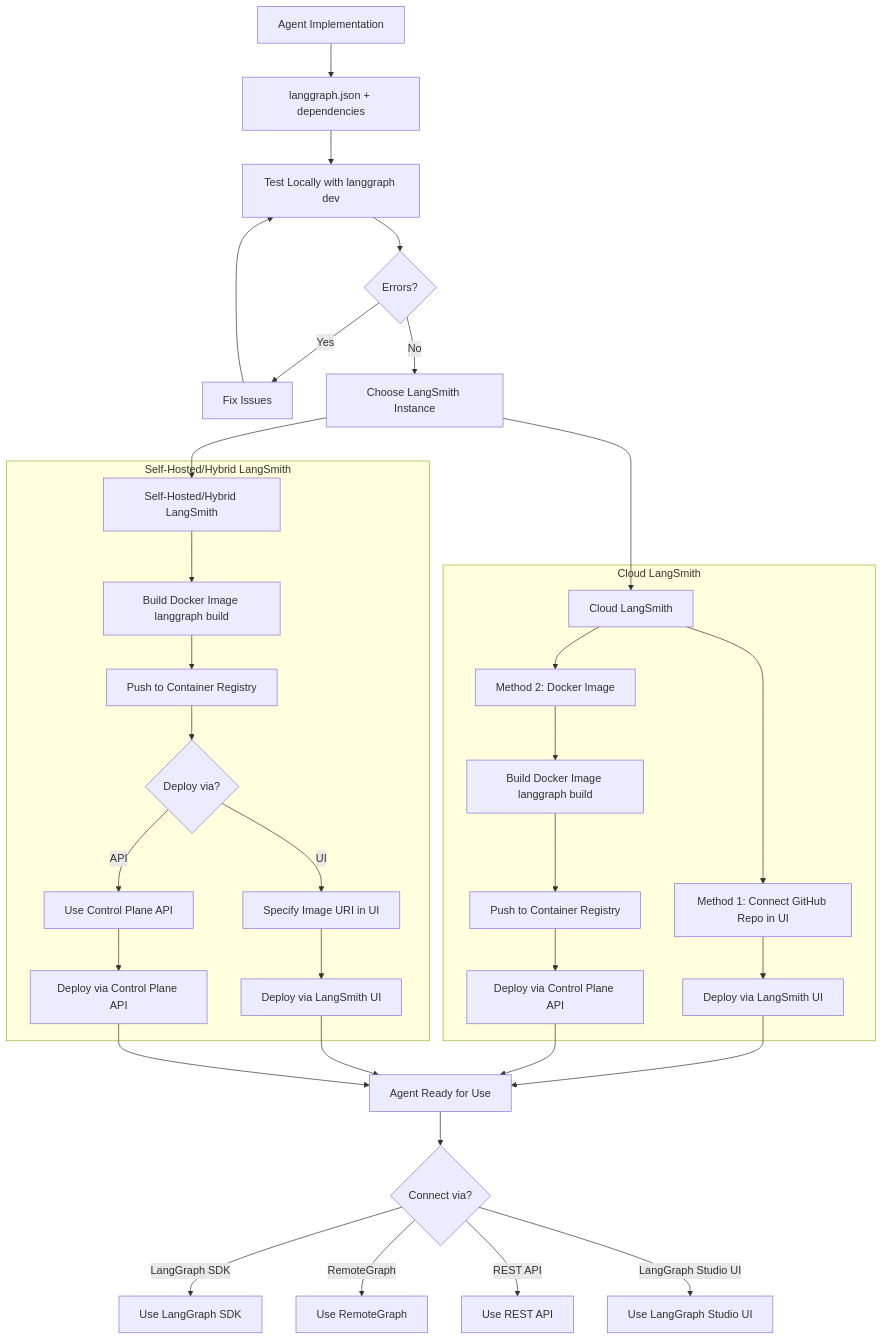
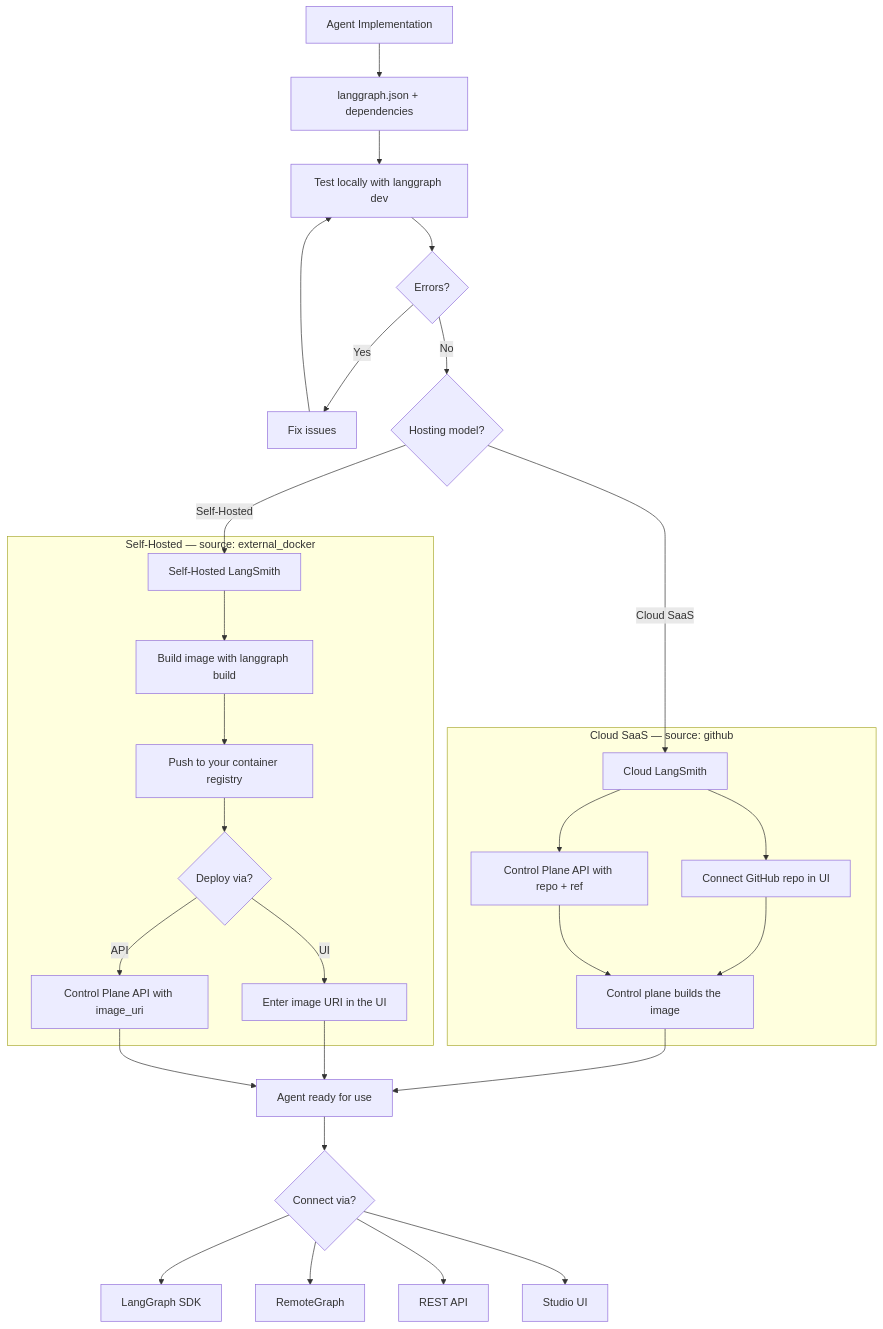
Before and after one commit to avirath-kumar/cicd-pipeline-example: the first of 2 diagrams in README.md, drawn with Mermaid. The commit also changed other lines of this file and 23 other files, not shown here.

First line of the commit message:
chore: modernize for LangSmith Deployment SaaS and self-hosted

````diff
--- a/README.md
+++ b/README.md
@@ -236,42 +272,37 @@
 ```mermaid
 graph TD
     A[Agent Implementation] --> B[langgraph.json + dependencies]
-    B --> C[Test Locally with langgraph dev]
+    B --> C[Test locally with langgraph dev]
     C --> D{Errors?}
-    D -->|Yes| E[Fix Issues]
+    D -->|Yes| E[Fix issues]
     E --> C
-    D -->|No| F[Choose LangSmith Instance]
+    D -->|No| F{Hosting model?}
 
-    F --> G[Cloud LangSmith]
-    F --> H[Self-Hosted/Hybrid LangSmith]
+    F -->|Cloud SaaS| G[Cloud LangSmith]
+    F -->|Self-Hosted| H[Self-Hosted LangSmith]
 
-    subgraph "Cloud LangSmith"
-        G --> I[Method 1: Connect GitHub Repo in UI]
-        G --> J[Method 2: Docker Image]
-        I --> K[Deploy via LangSmith UI]
-        J --> L[Build Docker Image langgraph build]
-        L --> M[Push to Container Registry]
-        M --> N[Deploy via Control Plane API]
+    subgraph "Cloud SaaS — source: github"
+        G --> I[Connect GitHub repo in UI]
+        G --> J[Control Plane API with repo + ref]
+        I --> K[Control plane builds the image]
+        J --> K
     end
 
-    subgraph "Self-Hosted/Hybrid LangSmith"
-        H --> S[Build Docker Image langgraph build]
-        S --> T[Push to Container Registry]
+    subgraph "Self-Hosted — source: external_docker"
+        H --> S[Build image with langgraph build]
+        S --> T[Push to your container registry]
         T --> U{Deploy via?}
-        U -->|UI| V[Specify Image URI in UI]
-        U -->|API| W[Use Control Plane API]
-        V --> X[Deploy via LangSmith UI]
-        W --> Y[Deploy via Control Plane API]
+        U -->|UI| V[Enter image URI in the UI]
+        U -->|API| W[Control Plane API with image_uri]
     end
 
-    K --> AA[Agent Ready for Use]
-    N --> AA
-    X --> AA
-    Y --> AA
+    K --> AA[Agent ready for use]
+    V --> AA
+    W --> AA
 
     AA --> BB{Connect via?}
-    BB -->|LangGraph SDK| CC[Use LangGraph SDK]
-    BB -->|RemoteGraph| DD[Use RemoteGraph]
-    BB -->|REST API| EE[Use REST API]
-    BB -->|LangGraph Studio UI| FF[Use LangGraph Studio UI]
+    BB --> CC[LangGraph SDK]
+    BB --> DD[RemoteGraph]
+    BB --> EE[REST API]
+    BB --> FF[Studio UI]
 ```
````
